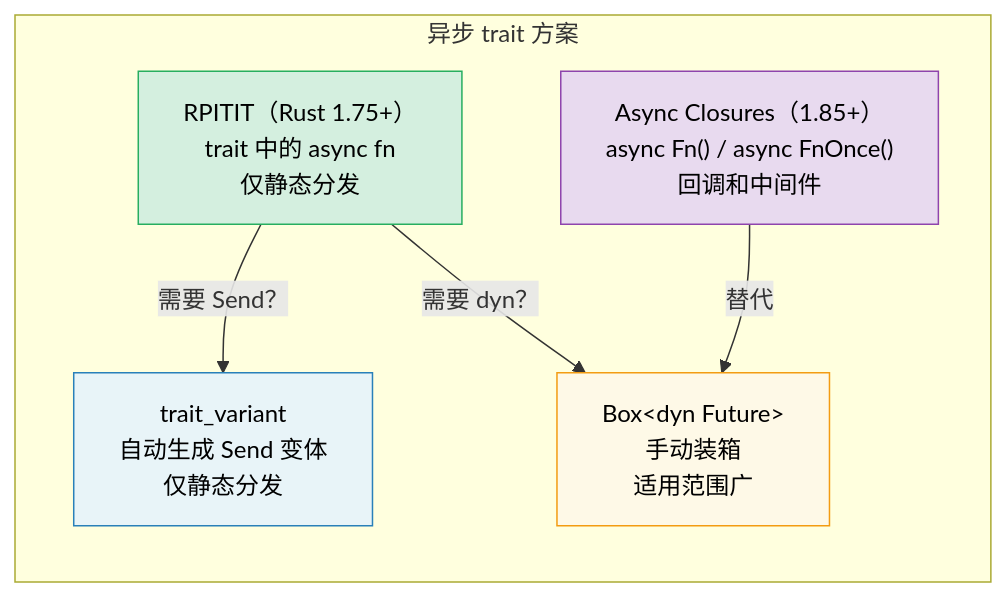
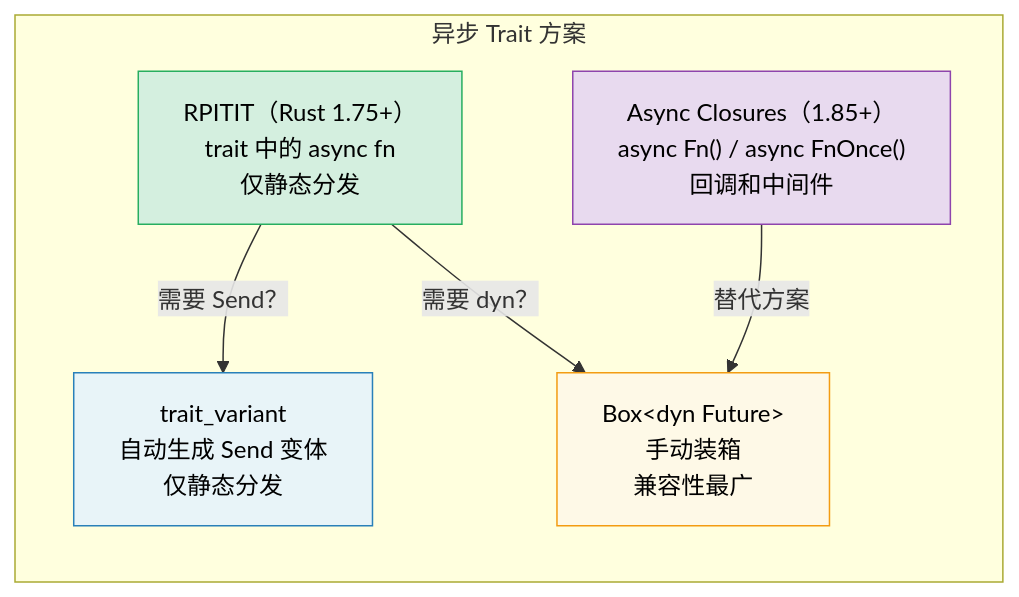
The diagram in async-book/src-zh/ch10-async-traits.md (hearsay316/RustTraining), drawn with Mermaid before and after one commit. The commit also changed other lines of this file and 20 other files, not shown here.

````diff
--- a/async-book/src-zh/ch10-async-traits.md
+++ b/async-book/src-zh/ch10-async-traits.md
@@ -9,19 +9,19 @@
 ```mermaid
 graph TD
-    subgraph "异步 trait 方案"
+    subgraph "异步 Trait 方案"
         direction TB
         RPITIT["RPITIT（Rust 1.75+）<br/>trait 中的 async fn<br/>仅静态分发"]
         VARIANT["trait_variant<br/>自动生成 Send 变体<br/>仅静态分发"]
-        BOXED["Box&lt;dyn Future&gt;<br/>手动装箱<br/>适用范围广"]
+        BOXED["Box&lt;dyn Future&gt;<br/>手动装箱<br/>兼容性最广"]
         CLOSURE["Async Closures（1.85+）<br/>async Fn() / async FnOnce()<br/>回调和中间件"]
     end
 
     RPITIT -->|"需要 Send？"| VARIANT
     RPITIT -->|"需要 dyn？"| BOXED
-    CLOSURE -->|"替代"| BOXED
+    CLOSURE -->|"替代方案"| BOXED
 
     style RPITIT fill:#d4efdf,stroke:#27ae60,color:#000
     style VARIANT fill:#e8f4f8,stroke:#2980b9,color:#000
     style BOXED fill:#fef9e7,stroke:#f39c12,color:#000
     style CLOSURE fill:#e8daef,stroke:#8e44ad,color:#000
 ```
````
